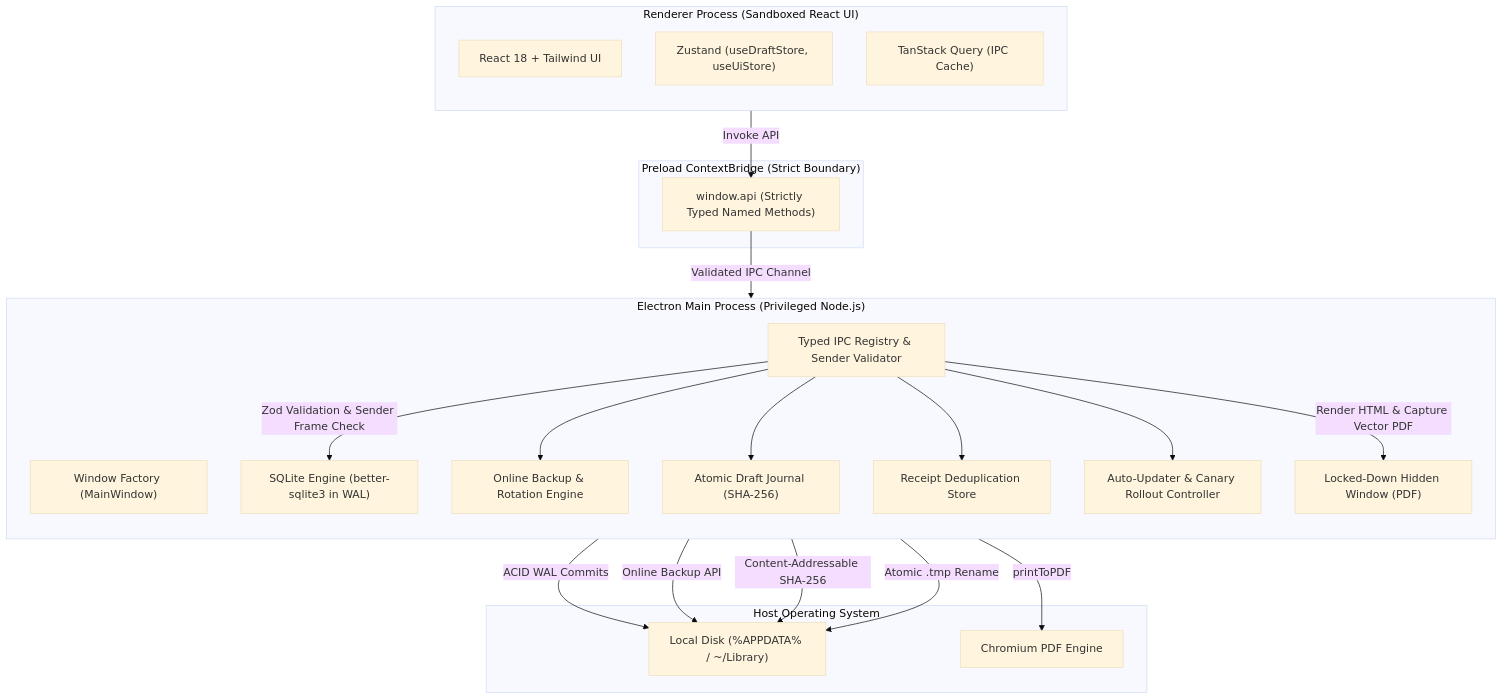
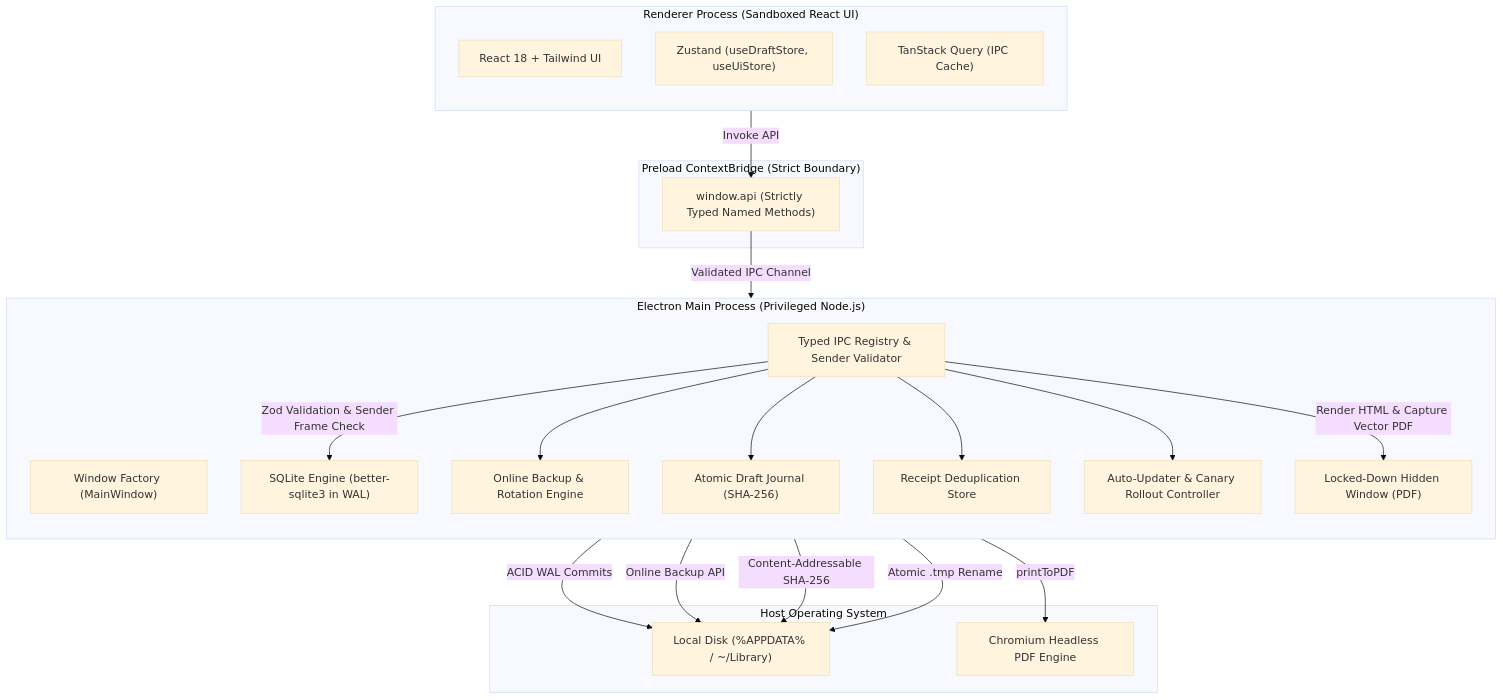
Before and after one commit to crnjihia/invoice-studio: the diagram in README.md, drawn with Mermaid (base theme). The commit also changed other lines of this file and 1 other file, not shown here.

````diff
--- a/README.md
+++ b/README.md
@@ -24,45 +33,45 @@
 ```mermaid
 flowchart TD
     subgraph HostOS["Host Operating System"]
         LocalDisk["Local Disk (%APPDATA% / ~/Library)"]
-        PrintService["Chromium PDF Engine"]
+        PrintService["Chromium Headless PDF Engine"]
     end
 
     subgraph MainProcess["Electron Main Process (Privileged Node.js)"]
         direction TB
         AppWindow["Window Factory (MainWindow)"]
         HeadlessPDF["Locked-Down Hidden Window (PDF)"]
         IPCRegistry["Typed IPC Registry & Sender Validator"]
         DBEngine["SQLite Engine (better-sqlite3 in WAL)"]
         BackupService["Online Backup & Rotation Engine"]
         DraftJournal["Atomic Draft Journal (SHA-256)"]
         ReceiptStore["Receipt Deduplication Store"]
         UpdateService["Auto-Updater & Canary Rollout Controller"]
     end
 
     subgraph PreloadBoundary["Preload ContextBridge (Strict Boundary)"]
         API["window.api (Strictly Typed Named Methods)"]
     end
 
     subgraph RendererUI["Renderer Process (Sandboxed React UI)"]
         direction TB
         ReactApp["React 18 + Tailwind UI"]
         ZustandStores["Zustand (useDraftStore, useUiStore)"]
         TanStackQuery["TanStack Query (IPC Cache)"]
     end
 
     ReactApp -->|Invoke API| API
     API -->|Validated IPC Channel| IPCRegistry
     IPCRegistry -->|Zod Validation & Sender Frame Check| DBEngine
     IPCRegistry --> BackupService
     IPCRegistry --> DraftJournal
     IPCRegistry --> ReceiptStore
     IPCRegistry --> UpdateService
     IPCRegistry -->|Render HTML & Capture Vector PDF| HeadlessPDF
 
     DBEngine -->|ACID WAL Commits| LocalDisk
     BackupService -->|Online Backup API| LocalDisk
     ReceiptStore -->|Content-Addressable SHA-256| LocalDisk
     DraftJournal -->|Atomic .tmp Rename| LocalDisk
     HeadlessPDF -->|printToPDF| PrintService
 ```
````
